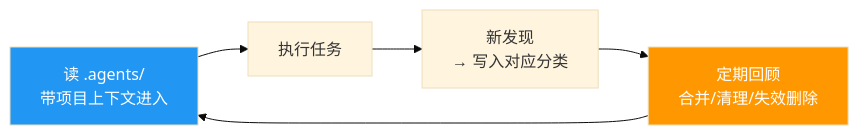
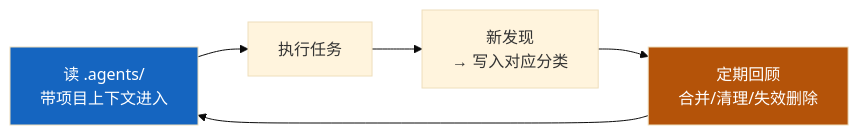
Before and after one commit to yeasy/AgentGo: the second of 2 diagrams in README.zh-CN.md, drawn with Mermaid (base theme). The commit also changed other lines of this file and 4 other files, not shown here.

````diff
--- a/README.zh-CN.md
+++ b/README.zh-CN.md
@@ -103,10 +125,10 @@
 ```mermaid
 flowchart LR
     A["读 .agents/\n带项目上下文进入"] --> B["执行任务"]
     B --> C["新发现\n→ 写入对应分类"]
     C --> D["定期回顾\n合并/清理/失效删除"]
     D --> A
 
-    style A fill:#2196F3,color:#fff
-    style D fill:#FF9800,color:#fff
+    style A fill:#1565C0,color:#fff
+    style D fill:#B45309,color:#fff
 ```
````
